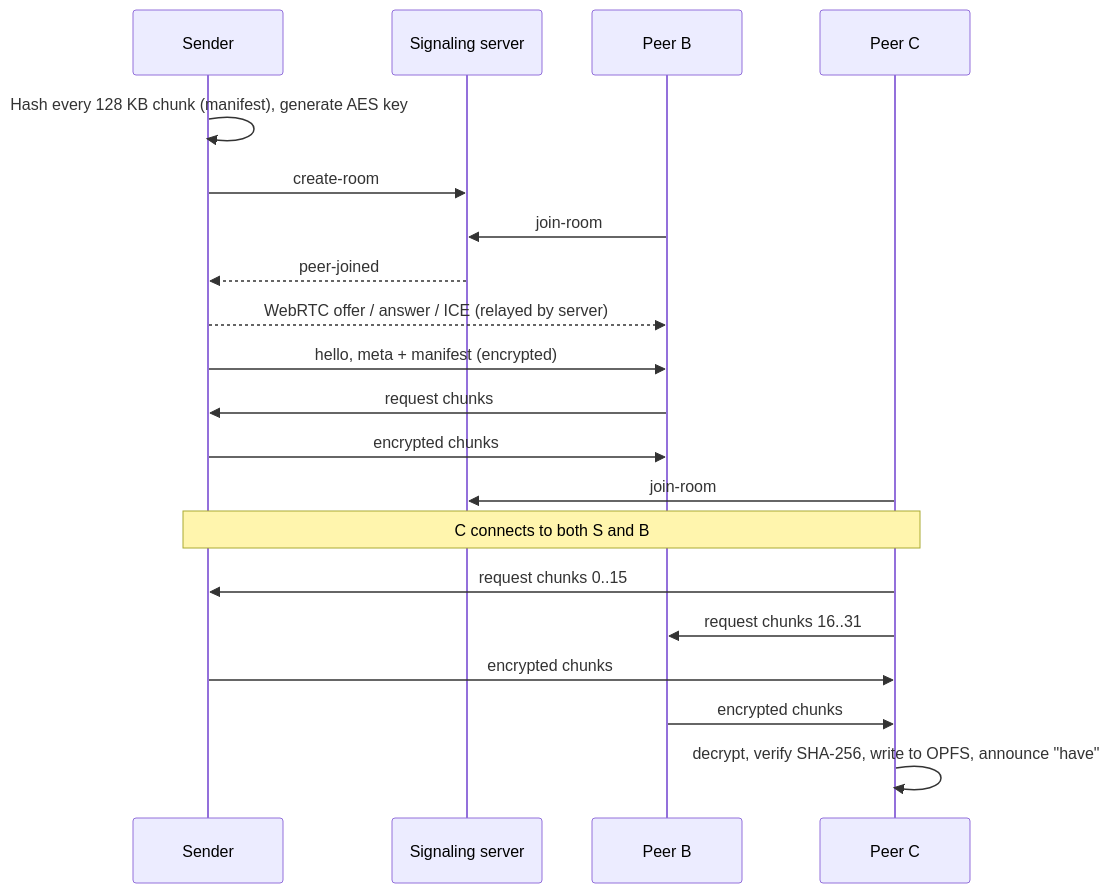
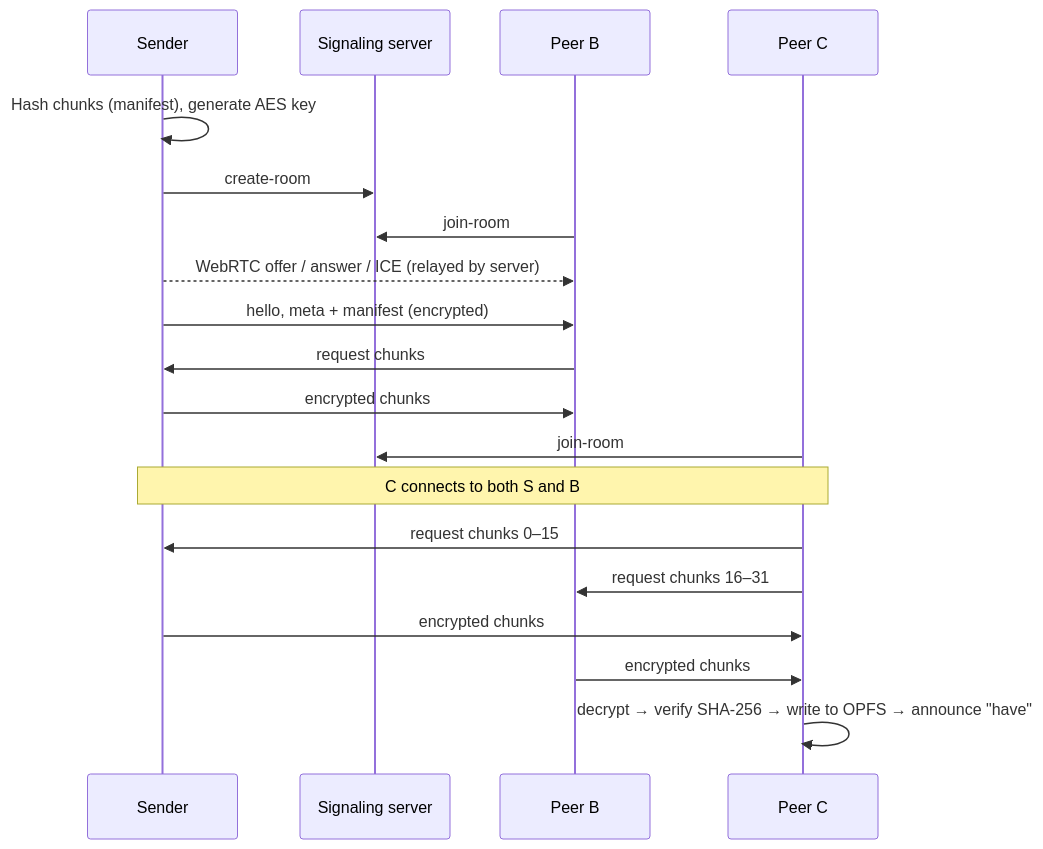
One commit to AltamashZahid/p2p-share-files changed the diagram in README.md. Above: the diagram before and after it, drawn with Mermaid. The commit also changed other lines of this file, not shown here.

````diff
--- a/README.md
+++ b/README.md
@@ -41,23 +86,22 @@
 ```mermaid
 sequenceDiagram
     participant S as Sender
     participant SS as Signaling server
     participant B as Peer B
     participant C as Peer C
 
-    S->>S: Hash every 128 KB chunk (manifest), generate AES key
+    S->>S: Hash chunks (manifest), generate AES key
     S->>SS: create-room
     B->>SS: join-room
-    SS-->>S: peer-joined
     S-->>B: WebRTC offer / answer / ICE (relayed by server)
     S->>B: hello, meta + manifest (encrypted)
     B->>S: request chunks
     S->>B: encrypted chunks
     C->>SS: join-room
     Note over S,C: C connects to both S and B
-    C->>S: request chunks 0..15
-    C->>B: request chunks 16..31
+    C->>S: request chunks 0–15
+    C->>B: request chunks 16–31
     S->>C: encrypted chunks
     B->>C: encrypted chunks
-    C->>C: decrypt, verify SHA-256, write to OPFS, announce "have"
+    C->>C: decrypt → verify SHA-256 → write to OPFS → announce "have"
 ```
````
